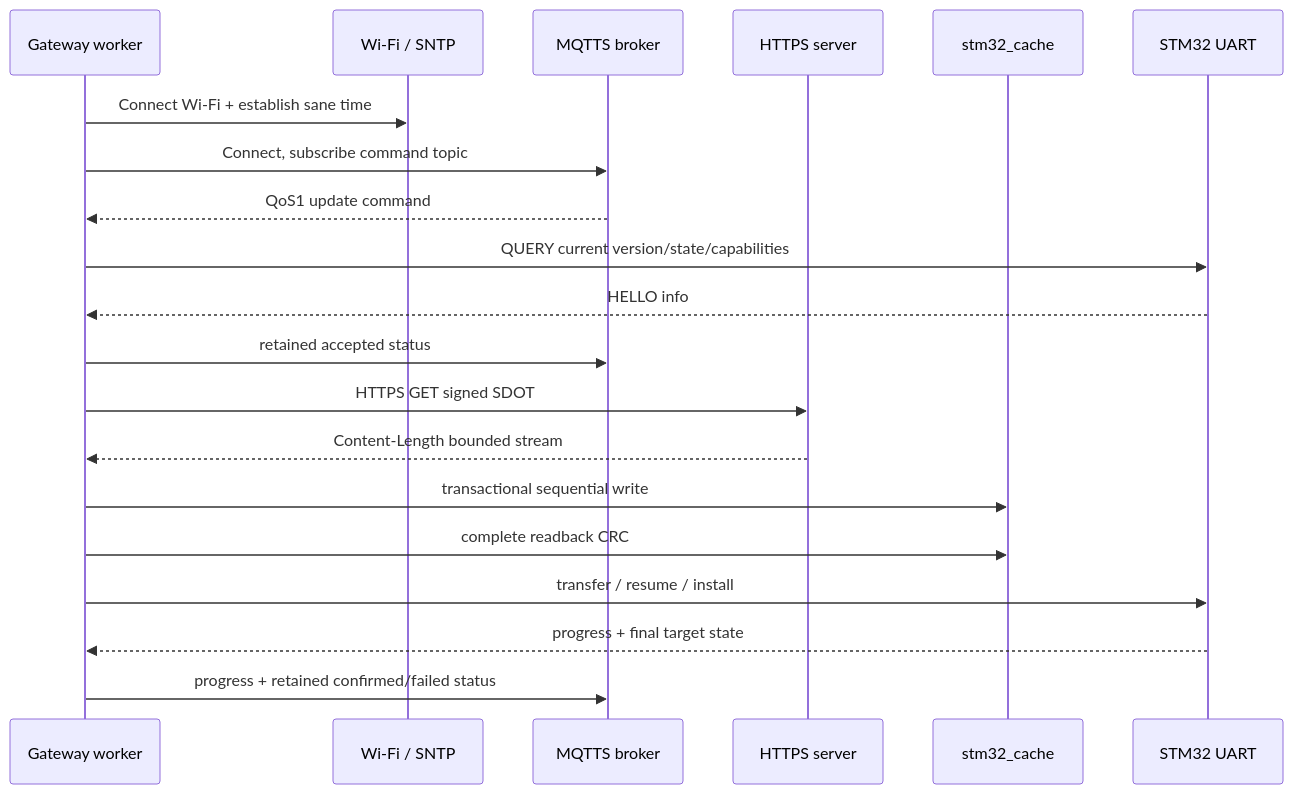
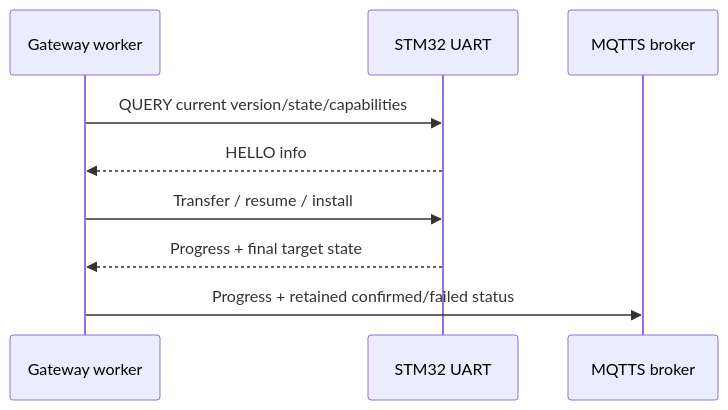
The third of 4 diagrams in gateway-esp32/README.md (haikevins/secure-delta-ota-bootloader), drawn with Mermaid before and after one commit. The commit also changed other lines of this file and 8 other files, not shown here.

````diff
--- a/gateway-esp32/README.md
+++ b/gateway-esp32/README.md
@@ -24,23 +56,12 @@
 ```mermaid
 sequenceDiagram
     participant G as Gateway worker
-    participant W as Wi-Fi / SNTP
+    participant S as STM32 UART
     participant M as MQTTS broker
-    participant H as HTTPS server
-    participant C as stm32_cache
-    participant S as STM32 UART
 
-    G->>W: Connect Wi-Fi + establish sane time
-    G->>M: Connect, subscribe command topic
-    M-->>G: QoS1 update command
     G->>S: QUERY current version/state/capabilities
     S-->>G: HELLO info
-    G->>M: retained accepted status
-    G->>H: HTTPS GET signed SDOT
-    H-->>G: Content-Length bounded stream
-    G->>C: transactional sequential write
-    G->>C: complete readback CRC
-    G->>S: transfer / resume / install
-    S-->>G: progress + final target state
-    G->>M: progress + retained confirmed/failed status
+    G->>S: Transfer / resume / install
+    S-->>G: Progress + final target state
+    G->>M: Progress + retained confirmed/failed status
 ```
````
